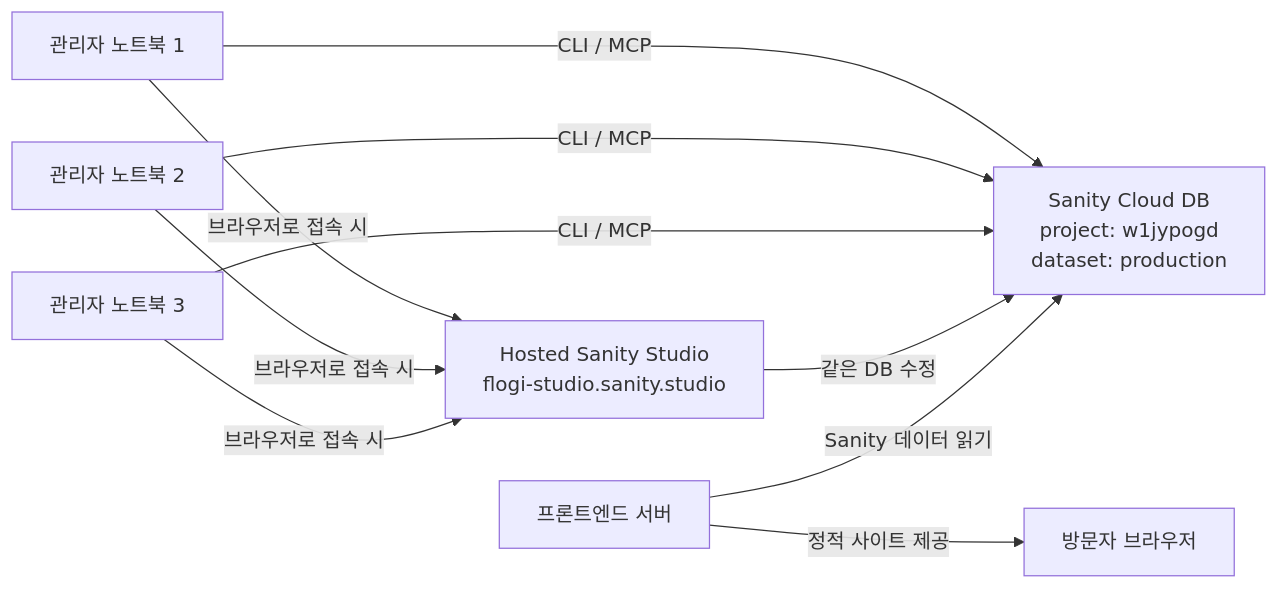
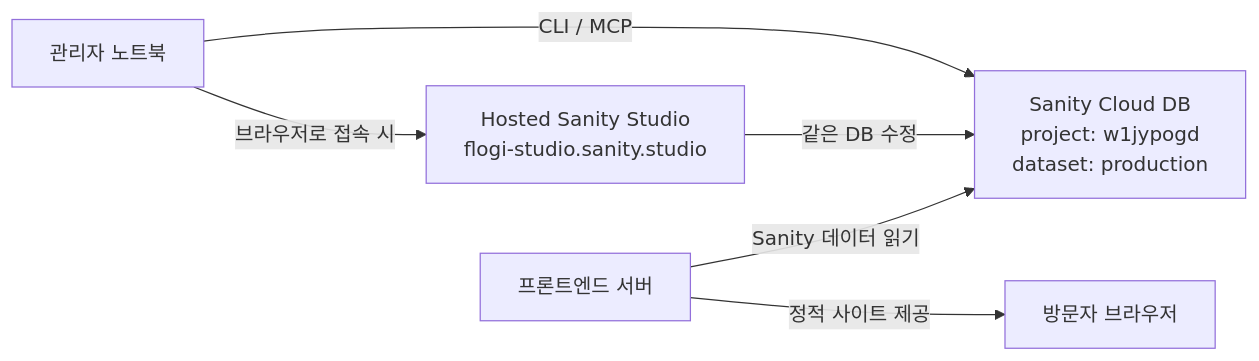
Before and after one commit to Logan-kim-the-philosopher/flogis-blog: the diagram in README.md, drawn with Mermaid. The commit also changed other lines of this file, not shown here.

Commit message:
Simplify Sanity operating model diagram

````diff
--- a/README.md
+++ b/README.md
@@ -98,15 +98,8 @@
 ```mermaid
 flowchart LR
-    A[관리자 노트북 1] -->|CLI / MCP| D[Sanity Cloud DB<br/>project: w1jypogd<br/>dataset: production]
-    B[관리자 노트북 2] -->|CLI / MCP| D
-    C[관리자 노트북 3] -->|CLI / MCP| D
-
-    A -->|브라우저로 접속 시| E[Hosted Sanity Studio<br/>flogi-studio.sanity.studio]
-    B -->|브라우저로 접속 시| E
-    C -->|브라우저로 접속 시| E
-
-    E -->|같은 DB 수정| D
-
-    F[프론트엔드 서버] -->|Sanity 데이터 읽기| D
-    F -->|정적 사이트 제공| G[방문자 브라우저]
+    A[관리자 노트북] -->|CLI / MCP| B[Sanity Cloud DB<br/>project: w1jypogd<br/>dataset: production]
+    A -->|브라우저로 접속 시| C[Hosted Sanity Studio<br/>flogi-studio.sanity.studio]
+    C -->|같은 DB 수정| B
+    D[프론트엔드 서버] -->|Sanity 데이터 읽기| B
+    D -->|정적 사이트 제공| E[방문자 브라우저]
 ```
````
